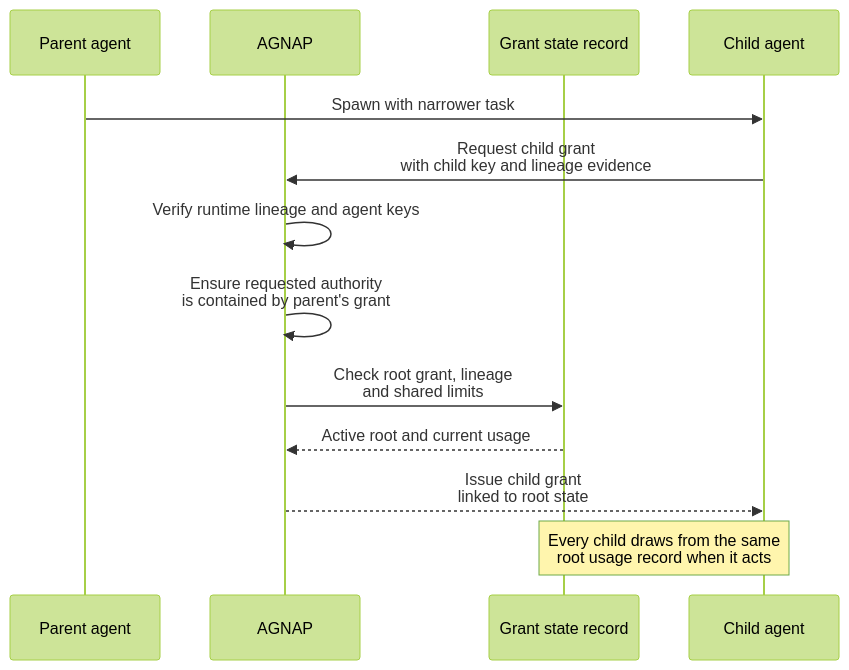
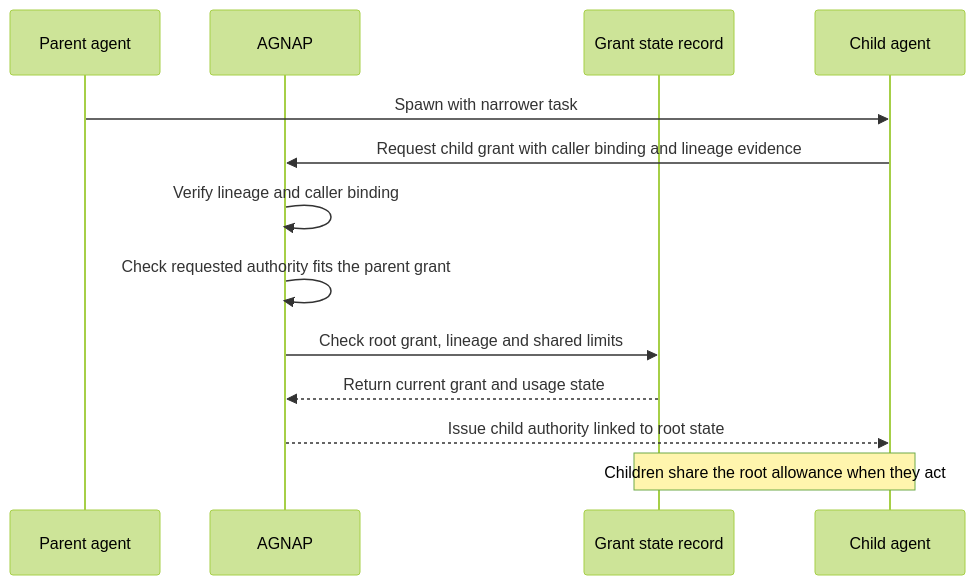
One commit to DaevMithran/agnap changed the second of 2 diagrams in README.md. Above: the diagram before and after it, drawn with Mermaid (forest theme). The commit also changed other lines of this file and 3 other files, not shown here.

````diff
--- a/README.md
+++ b/README.md
@@ -143,16 +167,16 @@
 ```mermaid
 sequenceDiagram
     participant Parent as Parent agent
     participant AGNAP
     participant State as Grant state record
     participant Child as Child agent
 
     Parent->>Child: Spawn with narrower task
-    Child->>AGNAP: Request child grant<br/>with child key and lineage evidence
-    AGNAP->>AGNAP: Verify runtime lineage and agent keys
-    AGNAP->>AGNAP: Ensure requested authority<br/>is contained by parent's grant
-    AGNAP->>State: Check root grant, lineage<br/>and shared limits
-    State-->>AGNAP: Active root and current usage
-    AGNAP-->>Child: Issue child grant<br/>linked to root state
-    Note over State,Child: Every child draws from the same<br/>root usage record when it acts
+    Child->>AGNAP: Request child grant with caller binding and lineage evidence
+    AGNAP->>AGNAP: Verify lineage and caller binding
+    AGNAP->>AGNAP: Check requested authority fits the parent grant
+    AGNAP->>State: Check root grant, lineage and shared limits
+    State-->>AGNAP: Return current grant and usage state
+    AGNAP-->>Child: Issue child authority linked to root state
+    Note over State,Child: Children share the root allowance when they act
 ```
````
